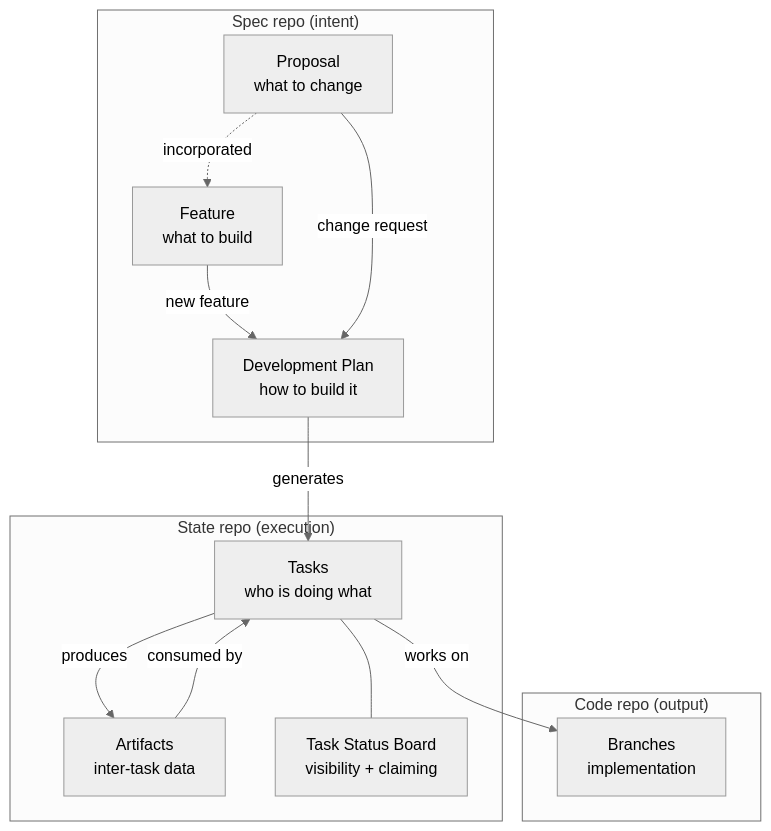
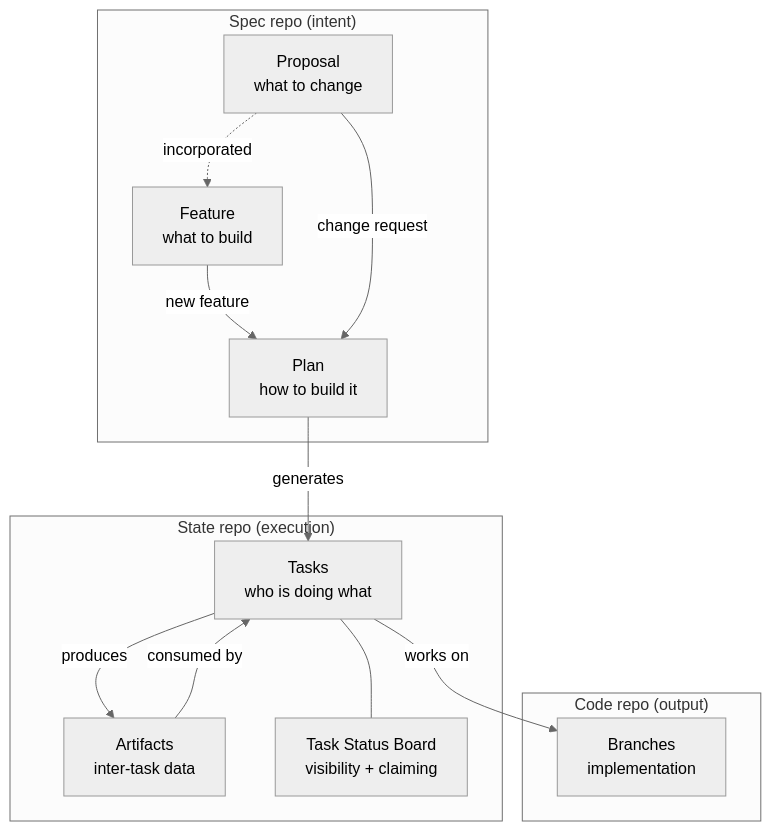
Before and after one commit to synchestra-io/synchestra: the first of 7 diagrams in spec/architecture/spec-to-execution.md, drawn with Mermaid (neutral theme). The commit also changed other lines of this file and 2 other files, not shown here.

Commit message:
refactor: update spec-to-execution architecture for unified plan/task model

````diff
--- a/spec/architecture/spec-to-execution.md
+++ b/spec/architecture/spec-to-execution.md
@@ -9,27 +9,27 @@
 ```mermaid
 graph TB
     subgraph "Spec repo (intent)"
         F["Feature<br/>what to build"]
         P["Proposal<br/>what to change"]
-        DP["Development Plan<br/>how to build it"]
+        DP["Plan<br/>how to build it"]
     end
 
     subgraph "State repo (execution)"
         T["Tasks<br/>who is doing what"]
         A["Artifacts<br/>inter-task data"]
         TSB["Task Status Board<br/>visibility + claiming"]
     end
 
     subgraph "Code repo (output)"
         C["Branches<br/>implementation"]
     end
 
     F -->|new feature| DP
     P -->|change request| DP
     P -.->|incorporated| F
     DP -->|generates| T
     T --- TSB
     T -->|produces| A
     A -->|consumed by| T
     T -->|works on| C
 ```
````
